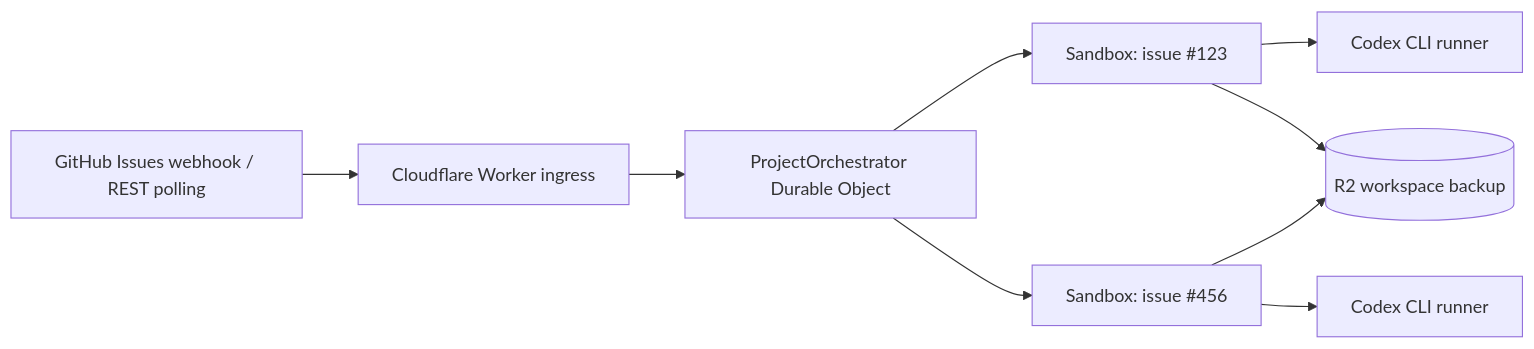
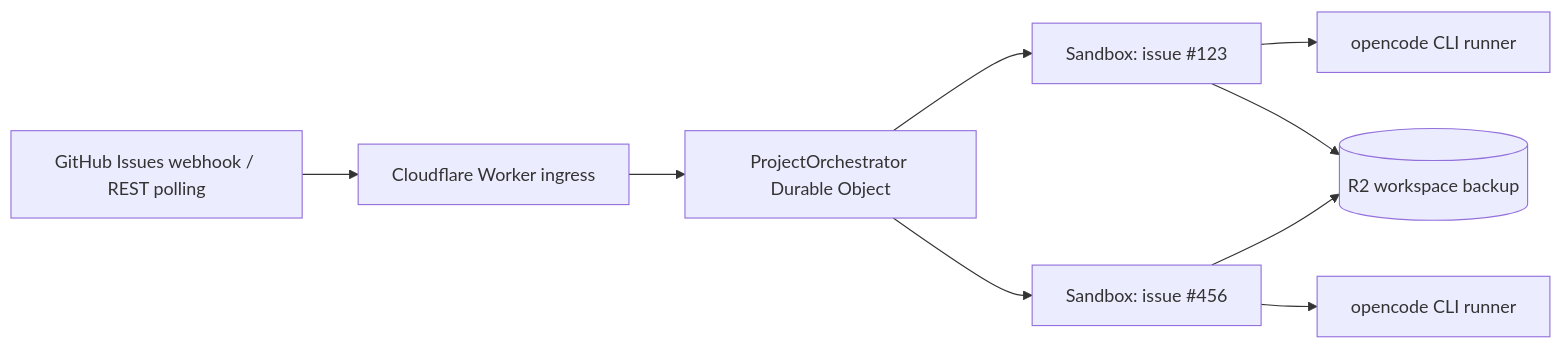
One commit to kiyo-e/symphony-workers changed the diagram in README.md. Above: the diagram before and after it, drawn with Mermaid. The commit also changed other lines of this file and 10 other files, not shown here.

````diff
--- a/README.md
+++ b/README.md
@@ -5,11 +5,11 @@
 ```mermaid
 flowchart LR
   G[GitHub Issues webhook / REST polling] --> W[Cloudflare Worker ingress]
   W --> O[ProjectOrchestrator Durable Object]
   O --> S1[Sandbox: issue #123]
   O --> S2[Sandbox: issue #456]
-  S1 --> C1[Codex CLI runner]
-  S2 --> C2[Codex CLI runner]
+  S1 --> C1[opencode CLI runner]
+  S2 --> C2[opencode CLI runner]
   S1 --> R2[(R2 workspace backup)]
   S2 --> R2
 ```
````
